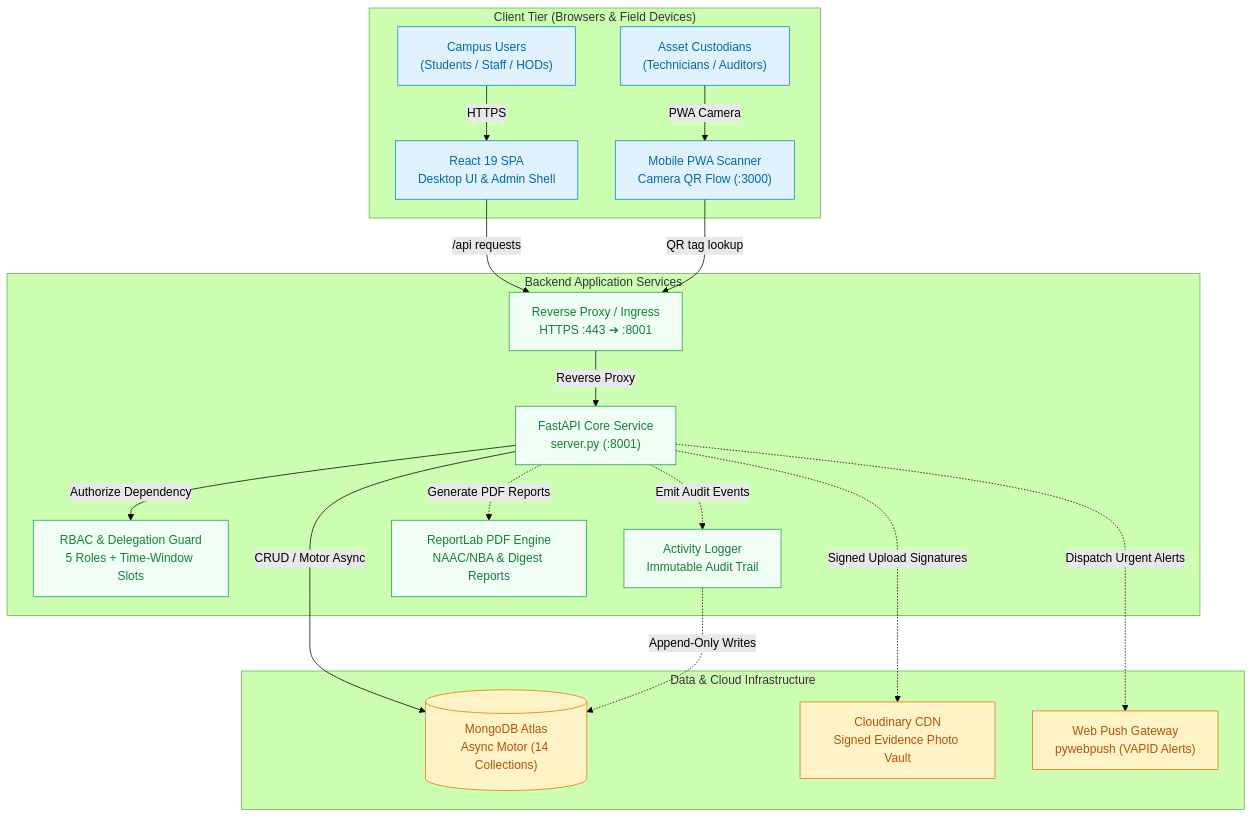
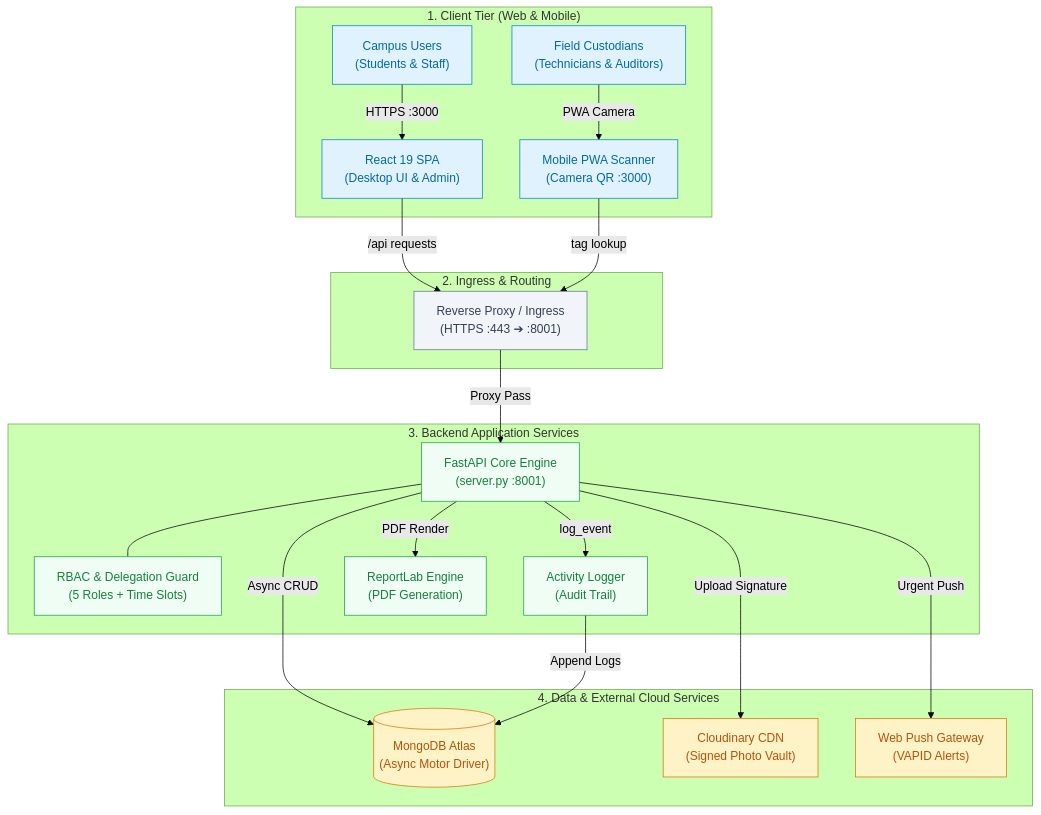
One commit to ayshrosine/CampusX changed the first of 5 diagrams in README.md. Above: the diagram before and after it, drawn with Mermaid (forest theme). The commit also changed other lines of this file, not shown here.

````diff
--- a/README.md
+++ b/README.md
@@ -57,43 +57,49 @@
 ```mermaid
-graph TB
-    subgraph Client_Tier["Client Tier (Browsers & Field Devices)"]
-        Users["Campus Users<br/>(Students / Staff / HODs)"]
-        Custodians["Asset Custodians<br/>(Technicians / Auditors)"]
-        SPA["React 19 SPA<br/>Desktop UI & Admin Shell"]
-        PWA["Mobile PWA Scanner<br/>Camera QR Flow (:3000)"]
+flowchart TD
+    subgraph ClientTier["1. Client Tier (Web & Mobile)"]
+        Users["Campus Users<br/>(Students & Staff)"]
+        Custodians["Field Custodians<br/>(Technicians & Auditors)"]
+        SPA["React 19 SPA<br/>(Desktop UI & Admin)"]
+        PWA["Mobile PWA Scanner<br/>(Camera QR :3000)"]
+        Users -->|"HTTPS :3000"| SPA
+        Custodians -->|"PWA Camera"| PWA
     end
 
-    subgraph App_Tier["Backend Application Services"]
-        Ingress["Reverse Proxy / Ingress<br/>HTTPS :443 ➔ :8001"]
-        FastAPI["FastAPI Core Service<br/>server.py (:8001)"]
-        RBAC["RBAC & Delegation Guard<br/>5 Roles + Time-Window Slots"]
-        ActivityLogger["Activity Logger<br/>Immutable Audit Trail"]
-        ReportLab["ReportLab PDF Engine<br/>NAAC/NBA & Digest Reports"]
+    subgraph GatewayTier["2. Ingress & Routing"]
+        Ingress["Reverse Proxy / Ingress<br/>(HTTPS :443 ➔ :8001)"]
+        SPA -->|"/api requests"| Ingress
+        PWA -->|"tag lookup"| Ingress
     end
 
-    subgraph Cloud_Tier["Data & Cloud Infrastructure"]
-        MongoDB[("MongoDB Atlas<br/>Async Motor (14 Collections)")]
-        Cloudinary["Cloudinary CDN<br/>Signed Evidence Photo Vault"]
-        WebPush["Web Push Gateway<br/>pywebpush (VAPID Alerts)"]
+    subgraph AppTier["3. Backend Application Services"]
+        FastAPI["FastAPI Core Engine<br/>(server.py :8001)"]
+        RBAC["RBAC & Delegation Guard<br/>(5 Roles + Time Slots)"]
+        ActivityLogger["Activity Logger<br/>(Audit Trail)"]
+        ReportLab["ReportLab Engine<br/>(PDF Generation)"]
+        
+        Ingress -->|"Proxy Pass"| FastAPI
+        FastAPI --- RBAC
+        FastAPI -->|"log_event"| ActivityLogger
+        FastAPI -->|"PDF Render"| ReportLab
     end
 
-    Users -->|HTTPS| SPA
-    Custodians -->|PWA Camera| PWA
-    SPA -->|/api requests| Ingress
-    PWA -->|QR tag lookup| Ingress
-    Ingress -->|Reverse Proxy| FastAPI
-    FastAPI -->|Authorize Dependency| RBAC
-    FastAPI -->|CRUD / Motor Async| MongoDB
-    FastAPI -.->|Emit Audit Events| ActivityLogger
-    FastAPI -.->|Signed Upload Signatures| Cloudinary
-    FastAPI -.->|Generate PDF Reports| ReportLab
-    FastAPI -.->|Dispatch Urgent Alerts| WebPush
-    ActivityLogger -.->|Append-Only Writes| MongoDB
+    subgraph CloudTier["4. Data & External Cloud Services"]
+        MongoDB[("MongoDB Atlas<br/>(Async Motor Driver)")]
+        Cloudinary["Cloudinary CDN<br/>(Signed Photo Vault)"]
+        WebPush["Web Push Gateway<br/>(VAPID Alerts)"]
+        
+        FastAPI -->|"Async CRUD"| MongoDB
+        ActivityLogger -->|"Append Logs"| MongoDB
+        FastAPI -->|"Upload Signature"| Cloudinary
+        FastAPI -->|"Urgent Push"| WebPush
+    end
 
     classDef client fill:#e0f2fe,stroke:#0284c7,stroke-width:1px,color:#0369a1;
+    classDef gateway fill:#f1f5f9,stroke:#64748b,stroke-width:1px,color:#334155;
     classDef app fill:#f0fdf4,stroke:#16a34a,stroke-width:1px,color:#15803d;
     classDef cloud fill:#fef3c7,stroke:#d97706,stroke-width:1px,color:#b45309;
     class Users,Custodians,SPA,PWA client;
-    class Ingress,FastAPI,RBAC,ActivityLogger,ReportLab app;
+    class Ingress gateway;
+    class FastAPI,RBAC,ActivityLogger,ReportLab app;
     class MongoDB,Cloudinary,WebPush cloud;
 ```
````
